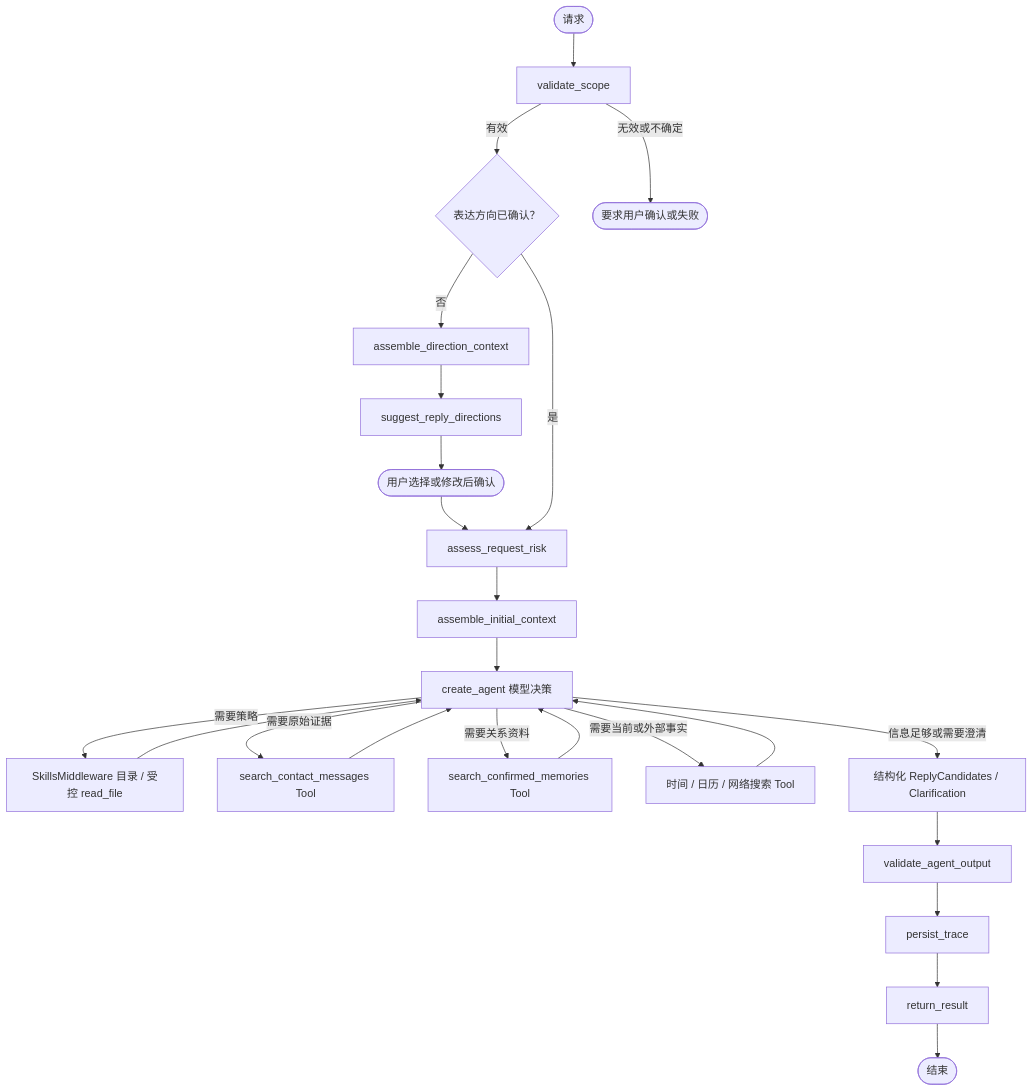
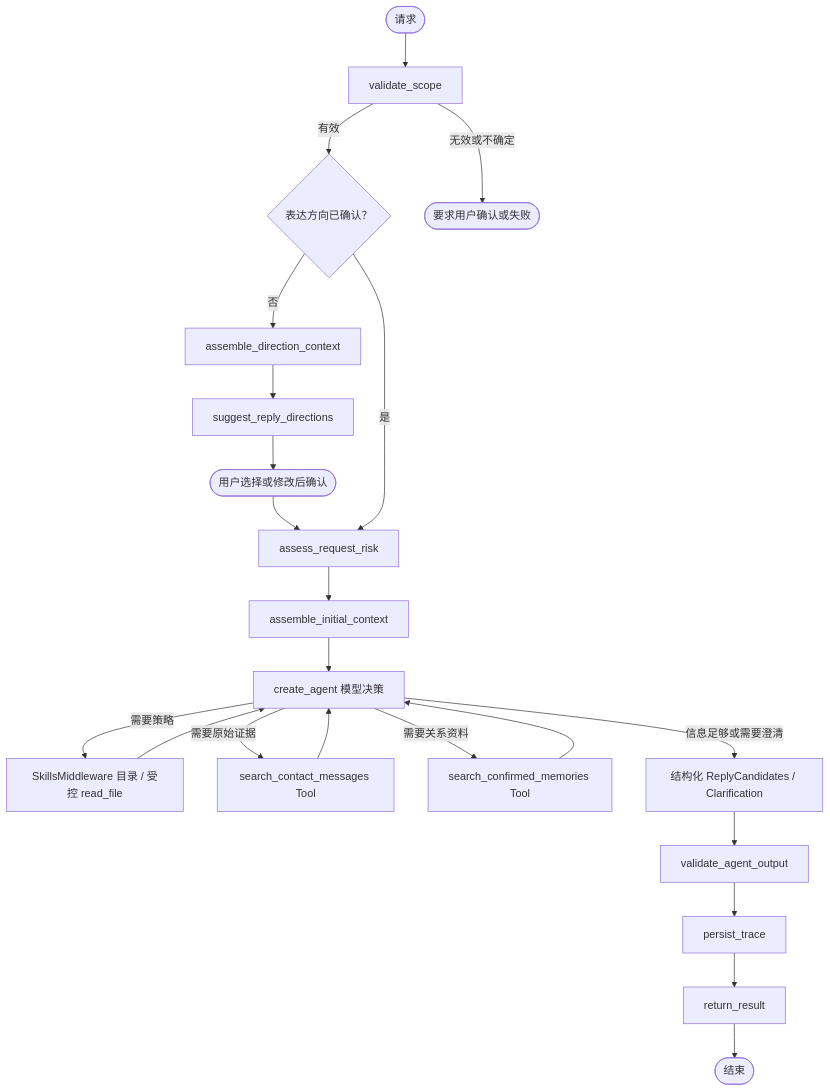
One commit to Aqua-ava/NotAlone changed the second of 2 diagrams in architecture/drafts/agent-runtime.md. Above: the diagram before and after it, drawn with Mermaid. The commit also changed other lines of this file and 6 other files, not shown here.

````diff
--- a/architecture/drafts/agent-runtime.md
+++ b/architecture/drafts/agent-runtime.md
@@ -115,26 +115,24 @@
 ```mermaid
 flowchart TD
     Start([请求]) --> Scope["validate_scope"]
     Scope -->|有效| Direction{"表达方向已确认？"}
     Scope -->|无效或不确定| Failed([要求用户确认或失败])
     Direction -->|否| DirectionContext["assemble_direction_context"]
     DirectionContext --> Suggest["suggest_reply_directions"]
     Suggest --> Confirm([用户选择或修改后确认])
     Confirm --> Risk["assess_request_risk"]
     Direction -->|是| Risk
     Risk --> Context["assemble_initial_context"]
     Context --> Agent["create_agent 模型决策"]
     Agent -->|需要策略| Skill["SkillsMiddleware 目录 / 受控 read_file"]
     Agent -->|需要原始证据| Messages["search_contact_messages Tool"]
     Agent -->|需要关系资料| Memories["search_confirmed_memories Tool"]
-    Agent -->|需要当前或外部事实| External["时间 / 日历 / 网络搜索 Tool"]
     Skill --> Agent
     Messages --> Agent
     Memories --> Agent
-    External --> Agent
     Agent -->|信息足够或需要澄清| Output["结构化 ReplyCandidates / Clarification"]
     Output --> Validate["validate_agent_output"]
     Validate --> Persist["persist_trace"]
     Persist --> Return["return_result"]
     Return --> End([结束])
 ```
````
